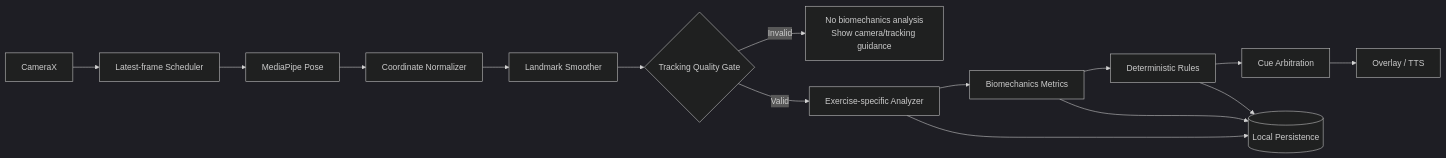
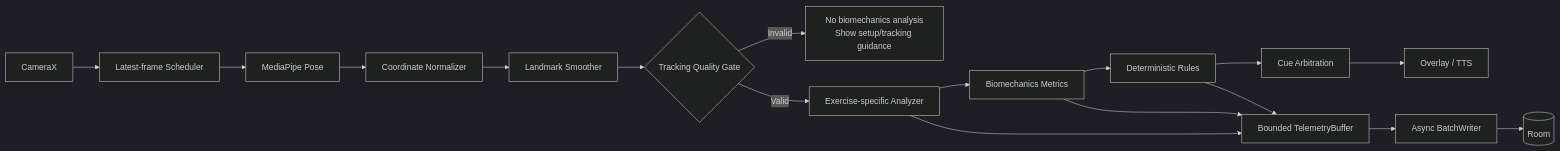
One commit to lazerta/gym-buddy changed the sixth of 7 diagrams in docs/uml/OVERVIEW.md. Above: the diagram before and after it, drawn with Mermaid (dark theme). The commit also changed other lines of this file, not shown here.

Commit message:
UML v0.4: sync overview with reviewed architecture

````diff
--- a/docs/uml/OVERVIEW.md
+++ b/docs/uml/OVERVIEW.md
@@ -249,17 +296,20 @@
 ```mermaid
 flowchart LR
     C[CameraX] --> F[Latest-frame Scheduler]
     F --> P[MediaPipe Pose]
     P --> N[Coordinate Normalizer]
     N --> S[Landmark Smoother]
     S --> G{Tracking Quality Gate}
-    G -- Invalid --> X[No biomechanics analysis\nShow camera/tracking guidance]
+    G -- Invalid --> X[No biomechanics analysis\nShow setup/tracking guidance]
     G -- Valid --> A[Exercise-specific Analyzer]
     A --> M[Biomechanics Metrics]
     M --> R[Deterministic Rules]
     R --> Q[Cue Arbitration]
     Q --> O[Overlay / TTS]
-    A --> DB[(Local Persistence)]
-    M --> DB
-    R --> DB
+
+    A --> B[Bounded TelemetryBuffer]
+    M --> B
+    R --> B
+    B --> W[Async BatchWriter]
+    W --> DB[(Room)]
 ```
````
